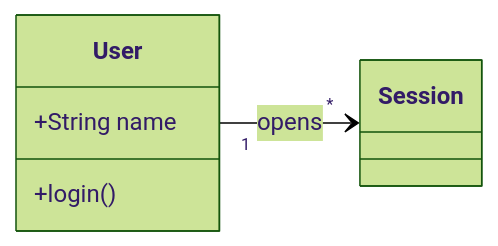
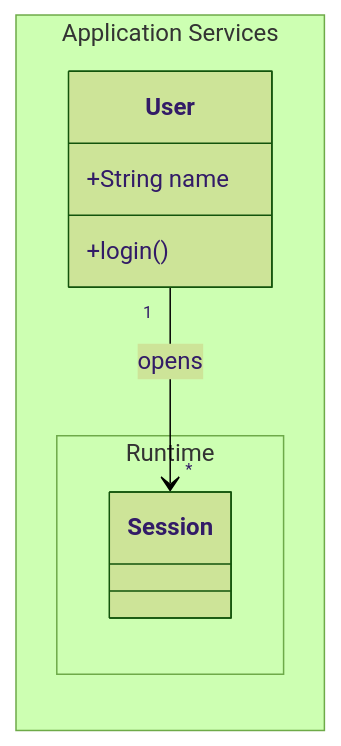
The third of 5 diagrams in bombadil/fixture.md (unexge/mdr), drawn with Mermaid (forest theme) before and after one commit. The commit also changed 4 other files, not shown here.

Commit message:
feat: Render Mermaid class namespaces

````diff
--- a/bombadil/fixture.md
+++ b/bombadil/fixture.md
@@ -98,9 +98,14 @@
 ```mermaid
 classDiagram
 direction LR
-class User {
-  +String name
-  +login()
+namespace Services["Application Services"] {
+  class User {
+    +String name
+    +login()
+  }
+  namespace Runtime {
+    class Session
+  }
 }
 User "1" --> "*" Session : opens
 ```
````
